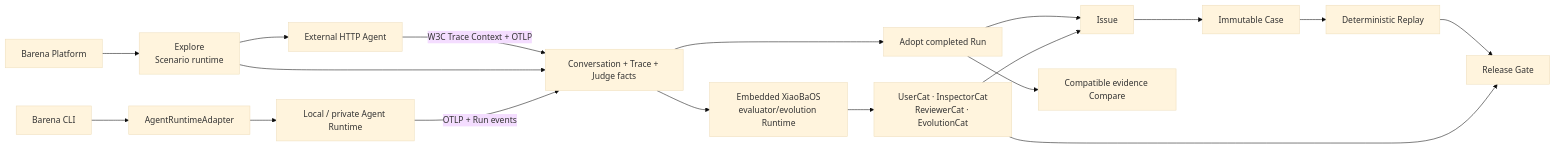
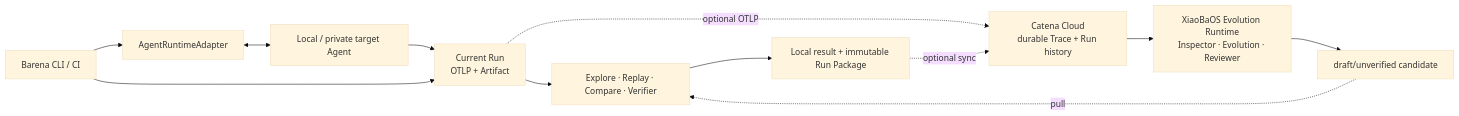
One commit to fightheyyy/barena changed the third of 4 diagrams in docs/SPEC.md. Above: the diagram before and after it, drawn with Mermaid (base theme). The commit also changed other lines of this file and 12 other files, not shown here.

````diff
--- a/docs/SPEC.md
+++ b/docs/SPEC.md
@@ -147,20 +134,14 @@
 ```mermaid
 flowchart LR
-    Web["Barena Platform"] --> Explore["Explore<br/>Scenario runtime"]
-    Explore --> HTTP["External HTTP Agent"]
-    HTTP -- "W3C Trace Context + OTLP" --> Trace["Conversation + Trace + Judge facts"]
-    Explore --> Trace
-    CLI["Barena CLI"] --> Adapter["AgentRuntimeAdapter"]
-    Adapter --> Private["Local / private Agent Runtime"]
-    Private -- "OTLP + Run events" --> Trace
-    Trace --> Adopt["Adopt completed Run"]
-    Adopt --> Issue["Issue"]
-    Issue --> Case["Immutable Case"]
-    Case --> Replay["Deterministic Replay"]
-    Replay --> Gate["Release Gate"]
-    Adopt --> Compare["Compatible evidence Compare"]
-    Trace --> Cloud["Embedded XiaoBaOS<br/>evaluator/evolution Runtime"]
-    Cloud --> Roles["UserCat · InspectorCat<br/>ReviewerCat · EvolutionCat"]
-    Roles --> Issue
-    Roles --> Gate
+    CLI["Barena CLI / CI"] --> Adapter["AgentRuntimeAdapter"]
+    Adapter <--> Target["Local / private target Agent"]
+    Target --> Evidence["Current Run<br/>OTLP + Artifact"]
+    CLI --> Evidence
+    Evidence --> Verify["Explore · Replay · Compare · Verifier"]
+    Verify --> Package["Local result + immutable Run Package"]
+    Evidence -. "optional OTLP" .-> Catena["Catena Cloud<br/>durable Trace + Run history"]
+    Package -. "optional sync" .-> Catena
+    Catena --> Evolution["XiaoBaOS Evolution Runtime<br/>Inspector · Evolution · Reviewer"]
+    Evolution --> Candidate["draft/unverified candidate"]
+    Candidate -. "pull" .-> Verify
 ```
````
